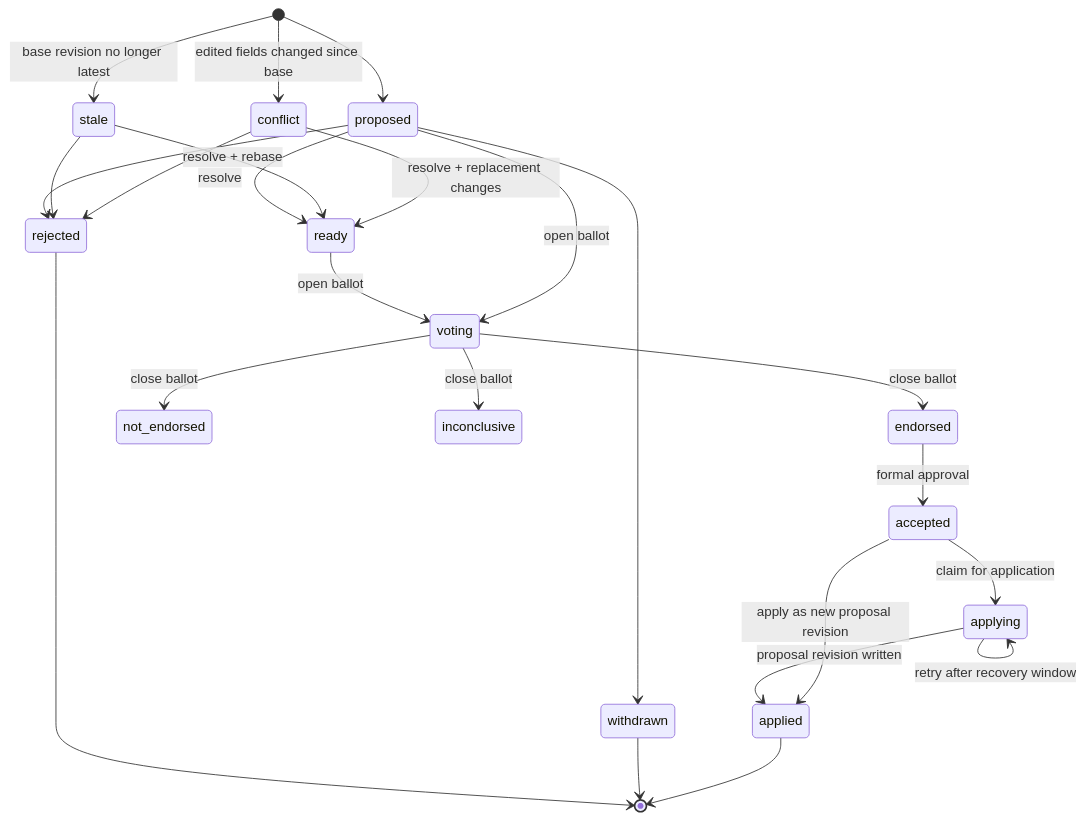
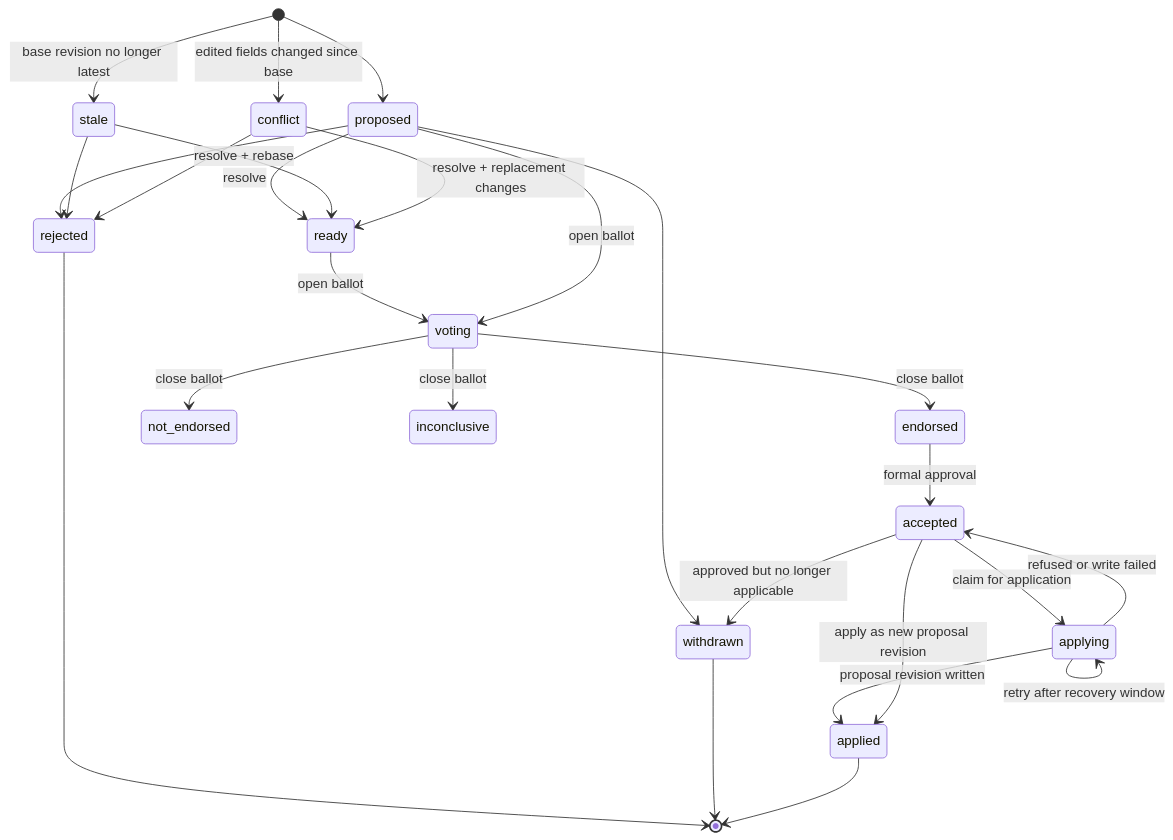
The second of 2 diagrams in docs/domain/domain-model.md (Fusion-Party-Aus/Engage), drawn with Mermaid before and after one commit. The commit also changed other lines of this file and 13 other files, not shown here.

````diff
--- a/docs/domain/domain-model.md
+++ b/docs/domain/domain-model.md
@@ -248,26 +248,28 @@
 ```mermaid
 stateDiagram-v2
   [*] --> proposed
   [*] --> stale: base revision no longer latest
   [*] --> conflict: edited fields changed since base
   proposed --> ready: resolve
   stale --> ready: resolve + rebase
   conflict --> ready: resolve + replacement changes
   proposed --> rejected
   stale --> rejected
   conflict --> rejected
   proposed --> withdrawn
   ready --> voting: open ballot
   proposed --> voting: open ballot
   voting --> endorsed: close ballot
   voting --> not_endorsed: close ballot
   voting --> inconclusive: close ballot
   endorsed --> accepted: formal approval
   accepted --> applying: claim for application
   applying --> applied: proposal revision written
   applying --> applying: retry after recovery window
+  applying --> accepted: refused or write failed
   accepted --> applied: apply as new proposal revision
+  accepted --> withdrawn: approved but no longer applicable
   rejected --> [*]
   withdrawn --> [*]
   applied --> [*]
 ```
````
